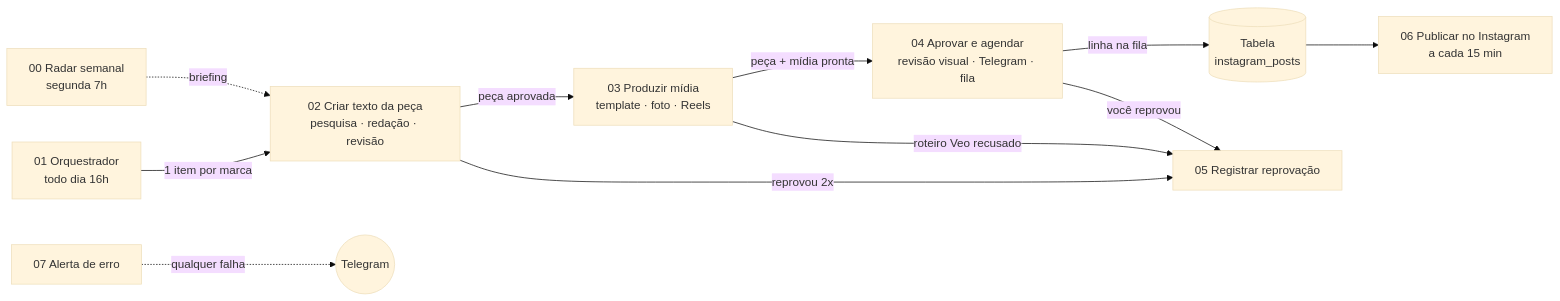
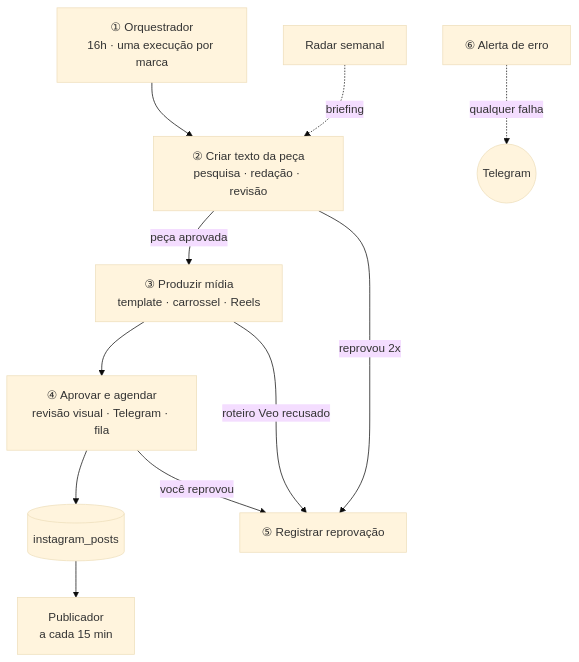
Before and after one commit to Fernandes-ez/templatesinstagram: the diagram in n8n/README.md, drawn with Mermaid (base theme). The commit also changed other lines of this file and 12 other files, not shown here.

First line of the commit message:
n8n: fluxo em 3 workflows (Produção, Publicador, Radar); Produção chama a si mesma por marca e inclui o alerta de erro

````diff
--- a/n8n/README.md
+++ b/n8n/README.md
@@ -9,13 +15,13 @@
 ```mermaid
-flowchart LR
-  R[00 Radar semanal<br/>segunda 7h] -.briefing.-> B
-  A[01 Orquestrador<br/>todo dia 16h] -->|1 item por marca| B[02 Criar texto da peça<br/>pesquisa · redação · revisão]
-  B -->|peça aprovada| C[03 Produzir mídia<br/>template · foto · Reels]
-  C -->|peça + mídia pronta| D[04 Aprovar e agendar<br/>revisão visual · Telegram · fila]
-  D -->|linha na fila| Q[(Tabela<br/>instagram_posts)]
-  Q --> E[06 Publicar no Instagram<br/>a cada 15 min]
-  B -->|reprovou 2x| F[05 Registrar reprovação]
-  C -->|roteiro Veo recusado| F
-  D -->|você reprovou| F
-  X[07 Alerta de erro] -. qualquer falha .-> T((Telegram))
+flowchart TB
+  A["① Orquestrador<br/>16h · uma execução por marca"] --> B["② Criar texto da peça<br/>pesquisa · redação · revisão"]
+  B -->|peça aprovada| C["③ Produzir mídia<br/>template · carrossel · Reels"]
+  C --> D["④ Aprovar e agendar<br/>revisão visual · Telegram · fila"]
+  D --> Q[(instagram_posts)]
+  Q --> P[Publicador<br/>a cada 15 min]
+  B -->|reprovou 2x| E["⑤ Registrar reprovação"]
+  C -->|roteiro Veo recusado| E
+  D -->|você reprovou| E
+  X["⑥ Alerta de erro"] -.->|qualquer falha| T((Telegram))
+  R[Radar semanal] -.briefing.-> B
 ```
````
